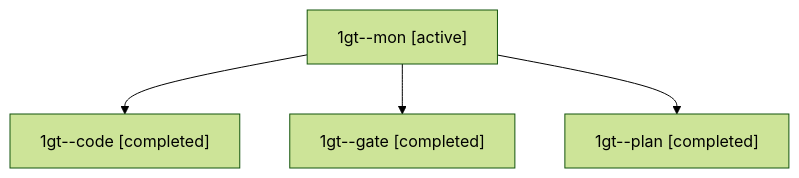
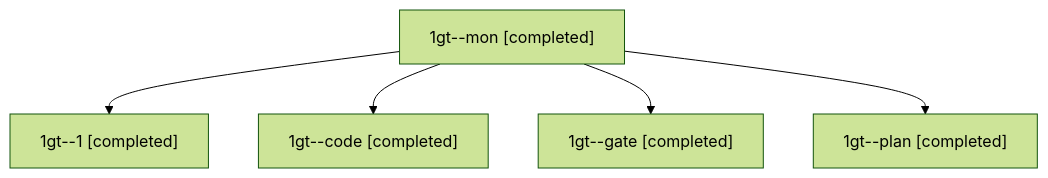
Before and after one commit to sase-org/sase--agents: the diagram in sessions/bbugyi200.athena.1gt.md, drawn with Mermaid (forest theme). The commit also changed other lines of this file and 58 other files, not shown here.

````diff
--- a/sessions/bbugyi200.athena.1gt.md
+++ b/sessions/bbugyi200.athena.1gt.md
@@ -9,10 +9,12 @@
 ```mermaid
 flowchart TD
-  n0["1gt--mon [active]"]
-  n1["1gt--code [completed]"]
+  n0["1gt--mon [completed]"]
+  n1["1gt--1 [completed]"]
   n0 --> n1
-  n2["1gt--gate [completed]"]
+  n2["1gt--code [completed]"]
   n0 --> n2
-  n3["1gt--plan [completed]"]
+  n3["1gt--gate [completed]"]
   n0 --> n3
+  n4["1gt--plan [completed]"]
+  n0 --> n4
 ```
````
